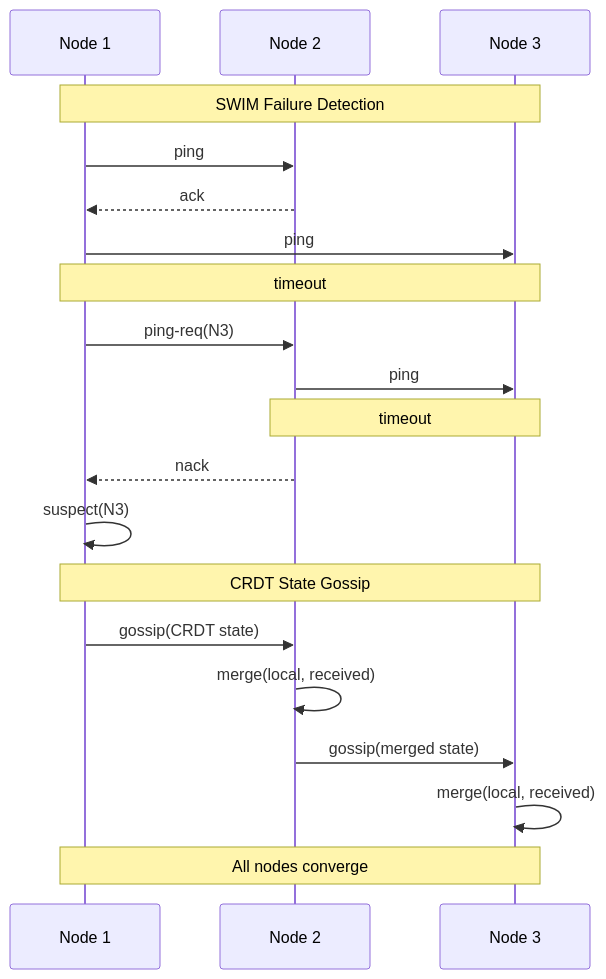
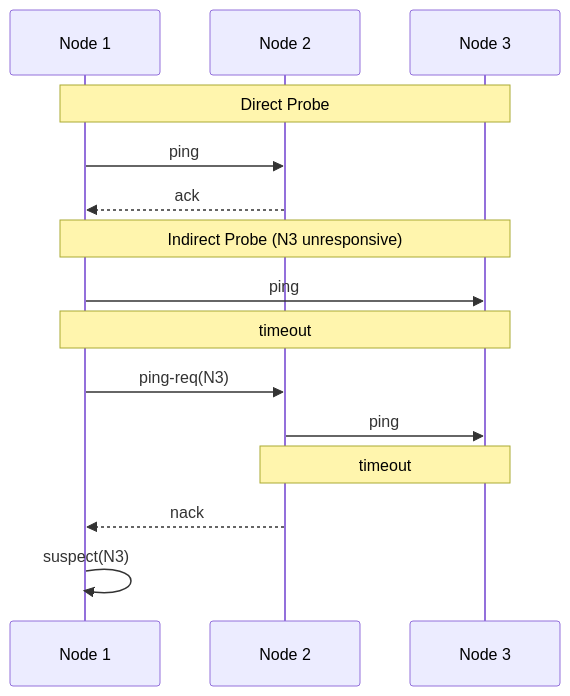
Before and after one commit to w-h-a/meld: the first of 3 diagrams in README.md, drawn with Mermaid. The commit also changed other lines of this file, not shown here.

````diff
--- a/README.md
+++ b/README.md
@@ -21,24 +25,19 @@
 ```mermaid
 sequenceDiagram
     participant N1 as Node 1
     participant N2 as Node 2
     participant N3 as Node 3
 
-    Note over N1,N3: SWIM Failure Detection
+    Note over N1,N3: Direct Probe
     N1->>N2: ping
     N2-->>N1: ack
+
+    Note over N1,N3: Indirect Probe (N3 unresponsive)
     N1->>N3: ping
     Note over N1,N3: timeout
     N1->>N2: ping-req(N3)
     N2->>N3: ping
     Note over N2,N3: timeout
     N2-->>N1: nack
     N1->>N1: suspect(N3)
-
-    Note over N1,N3: CRDT State Gossip
-    N1->>N2: gossip(CRDT state)
-    N2->>N2: merge(local, received)
-    N2->>N3: gossip(merged state)
-    N3->>N3: merge(local, received)
-    Note over N1,N3: All nodes converge
 ```
````
